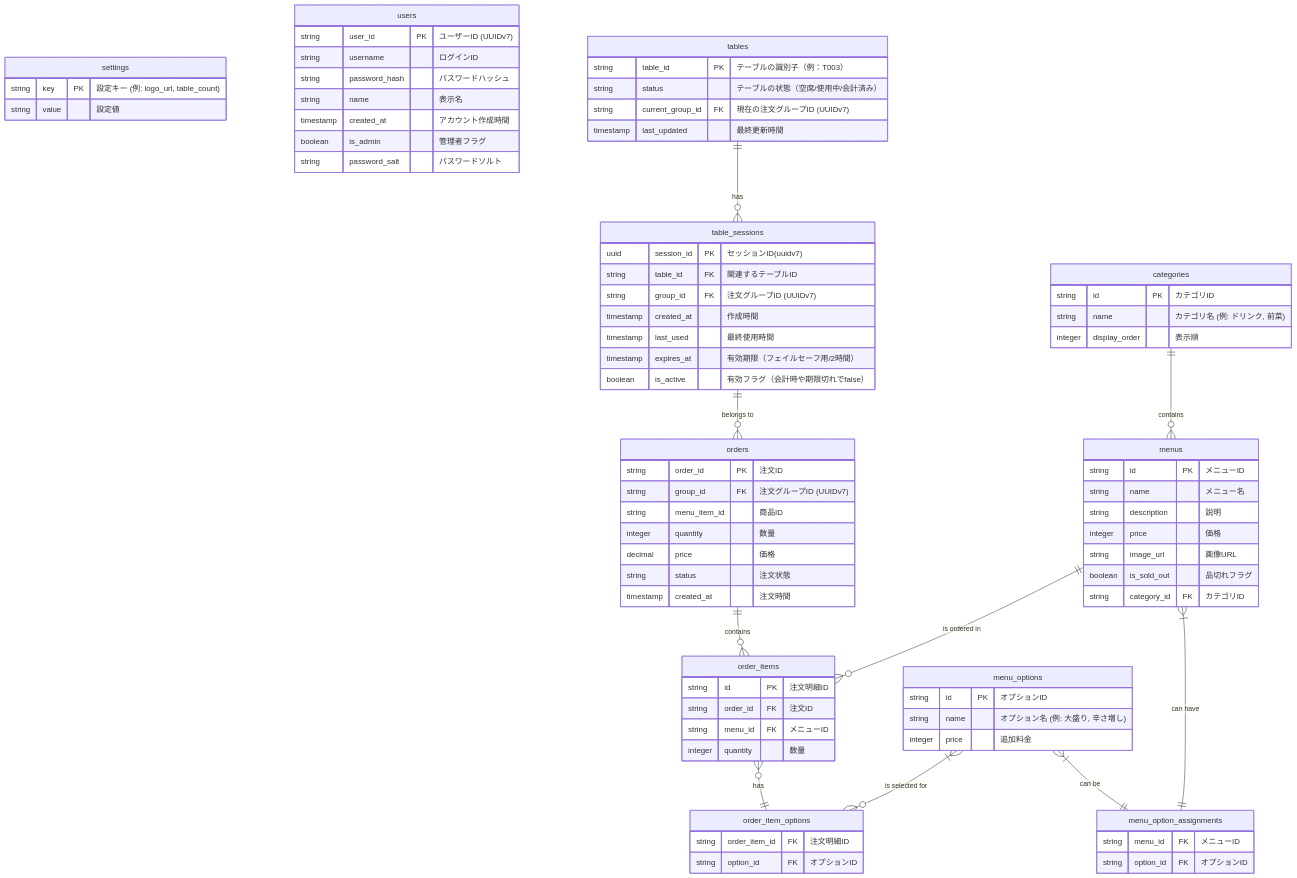
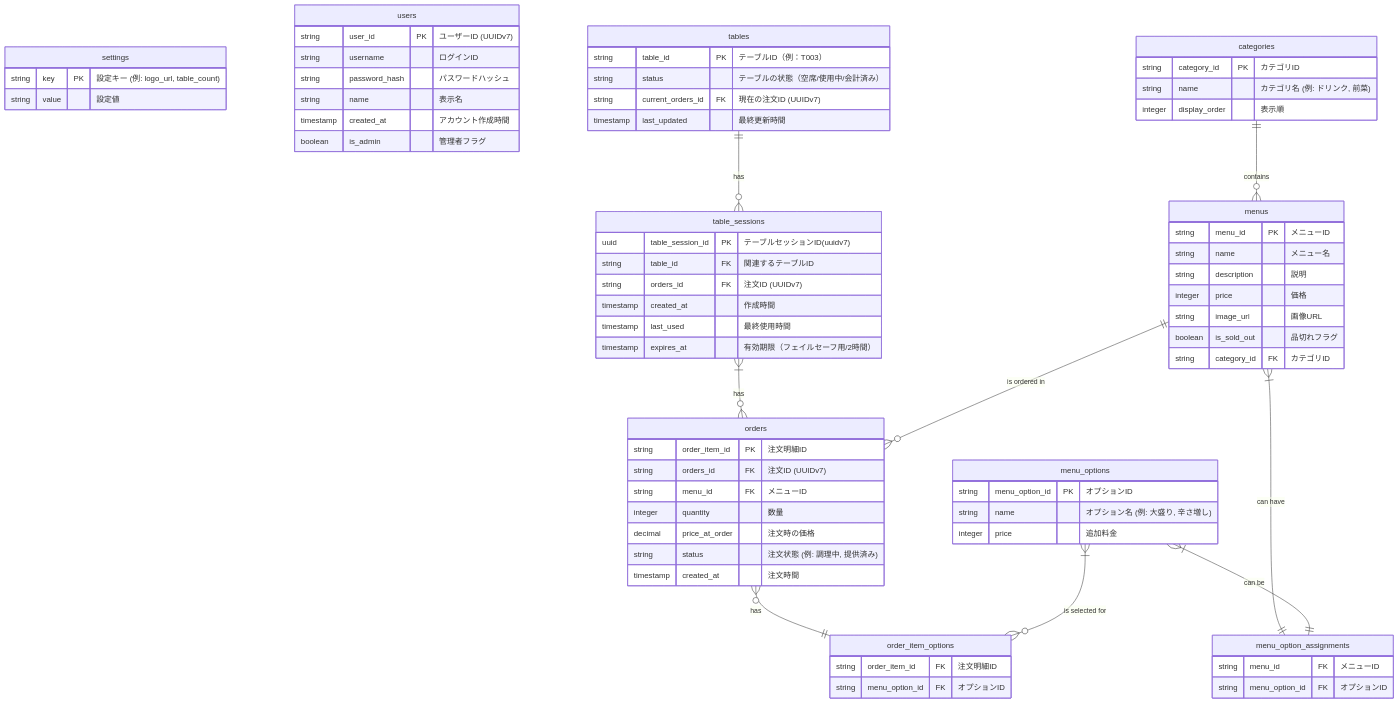
The diagram in .docs/database/er_diagram.md (inoUwU/pinu), drawn with Mermaid before and after one commit. The commit also changed other lines of this file and 1 other file, not shown here.

Commit message:
feat(docs): ✨ ER図のテーブル設計を更新し、セッション管理に関する情報を削除

````diff
--- a/.docs/database/er_diagram.md
+++ b/.docs/database/er_diagram.md
@@ -14,58 +14,48 @@
         string name "表示名"
         timestamp created_at "アカウント作成時間"
         boolean is_admin "管理者フラグ"
-        string password_salt "パスワードソルト"
     }
 
     tables ||--o{ table_sessions : "has"
     tables {
-        string table_id PK "テーブルの識別子（例：T003）"
+        string table_id PK "テーブルID（例：T003）"
         string status "テーブルの状態（空席/使用中/会計済み）"
-        string current_group_id FK "現在の注文グループID (UUIDv7)"
+        string current_orders_id FK "現在の注文ID (UUIDv7)"
         timestamp last_updated "最終更新時間"
     }
 
-    table_sessions ||--o{ orders : "belongs to"
     table_sessions {
-        uuid session_id PK "セッションID(uuidv7)"
+        uuid table_session_id PK "テーブルセッションID(uuidv7)"
         string table_id FK "関連するテーブルID"
-        string group_id FK "注文グループID (UUIDv7)"
+        string orders_id FK "注文ID (UUIDv7)"
         timestamp created_at "作成時間"
         timestamp last_used "最終使用時間"
         timestamp expires_at "有効期限（フェイルセーフ用/2時間）"
-        boolean is_active "有効フラグ（会計時や期限切れでfalse）"
     }
     
     orders {
-        string order_id PK "注文ID"
-        string group_id FK "注文グループID (UUIDv7)"
-        string menu_item_id "商品ID"
-        integer quantity "数量"
-        decimal price "価格"
-        string status "注文状態"
-        timestamp created_at "注文時間"
-    }
-
-    order_items {
-        string id PK "注文明細ID"
-        string order_id FK "注文ID"
+        string order_item_id PK "注文明細ID"
+        string orders_id FK "注文ID (UUIDv7)"
         string menu_id FK "メニューID"
         integer quantity "数量"
+        decimal price_at_order "注文時の価格"
+        string status "注文状態 (例: 調理中, 提供済み)"
+        timestamp created_at "注文時間"
     }
 
     order_item_options {
         string order_item_id FK "注文明細ID"
-        string option_id FK "オプションID"
+        string menu_option_id FK "オプションID"
     }
 
     categories {
-        string id PK "カテゴリID"
+        string category_id PK "カテゴリID"
         string name "カテゴリ名 (例: ドリンク, 前菜)"
         integer display_order "表示順"
     }
 
     menus {
-        string id PK "メニューID"
+        string menu_id PK "メニューID"
         string name "メニュー名"
         string description "説明"
         integer price "価格"
@@ -75,22 +65,21 @@
     }
 
     menu_options {
-        string id PK "オプションID"
+        string menu_option_id PK "オプションID"
         string name "オプション名 (例: 大盛り, 辛さ増し)"
         integer price "追加料金"
     }
 
     menu_option_assignments {
         string menu_id FK "メニューID"
-        string option_id FK "オプションID"
+        string menu_option_id FK "オプションID"
     }
-
 
     categories  ||--o{ menus : "contains"
     menus       }|--|| menu_option_assignments : "can have"
     menu_options }|--|| menu_option_assignments : "can be"
-    orders      ||--o{ order_items : "contains"
-    menus       ||--o{ order_items : "is ordered in"
-    order_items }o--|| order_item_options : "has"
+    table_sessions }|--o{ orders : "has"
+    menus       ||--o{ orders : "is ordered in"
+    orders      }o--|| order_item_options : "has"
     menu_options }|--o{ order_item_options : "is selected for"
 ```
````
